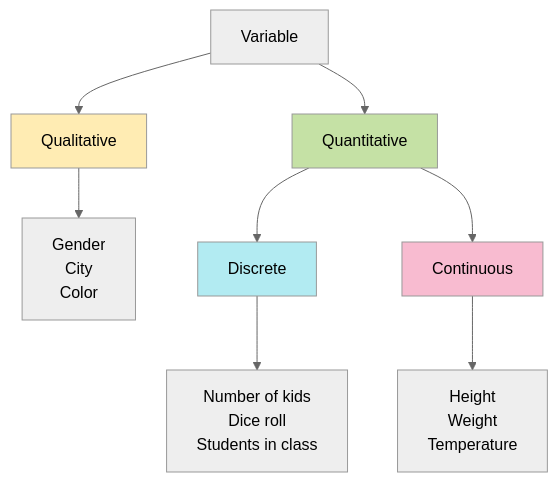
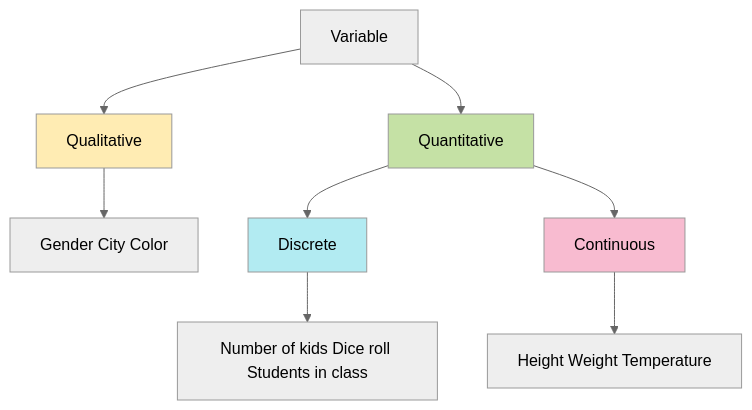
The fourth of 6 diagrams in docs/research-methods/lecture-01.md (daxxac/mba-notes), drawn with Mermaid (neutral theme) before and after one commit. The commit also changed other lines of this file and 4 other files, not shown here.

First line of the commit message:
Fix Mermaid diagram parsing errors: replace <br/> with spaces

````diff
--- a/docs/research-methods/lecture-01.md
+++ b/docs/research-methods/lecture-01.md
@@ -182,15 +182,15 @@
 ```mermaid
 graph TD
     A[Variable] --> B[Qualitative]
     A --> C[Quantitative]
-    B --> D[Gender<br/>City<br/>Color]
+    B --> D[Gender City Color]
     C --> E[Discrete]
     C --> F[Continuous]
-    E --> G[Number of kids<br/>Dice roll<br/>Students in class]
-    F --> H[Height<br/>Weight<br/>Temperature]
+    E --> G[Number of kids Dice roll Students in class]
+    F --> H[Height Weight Temperature]
     
     style B fill:#ffecb3
     style C fill:#c5e1a5
     style E fill:#b2ebf2
     style F fill:#f8bbd0
 ```
````
